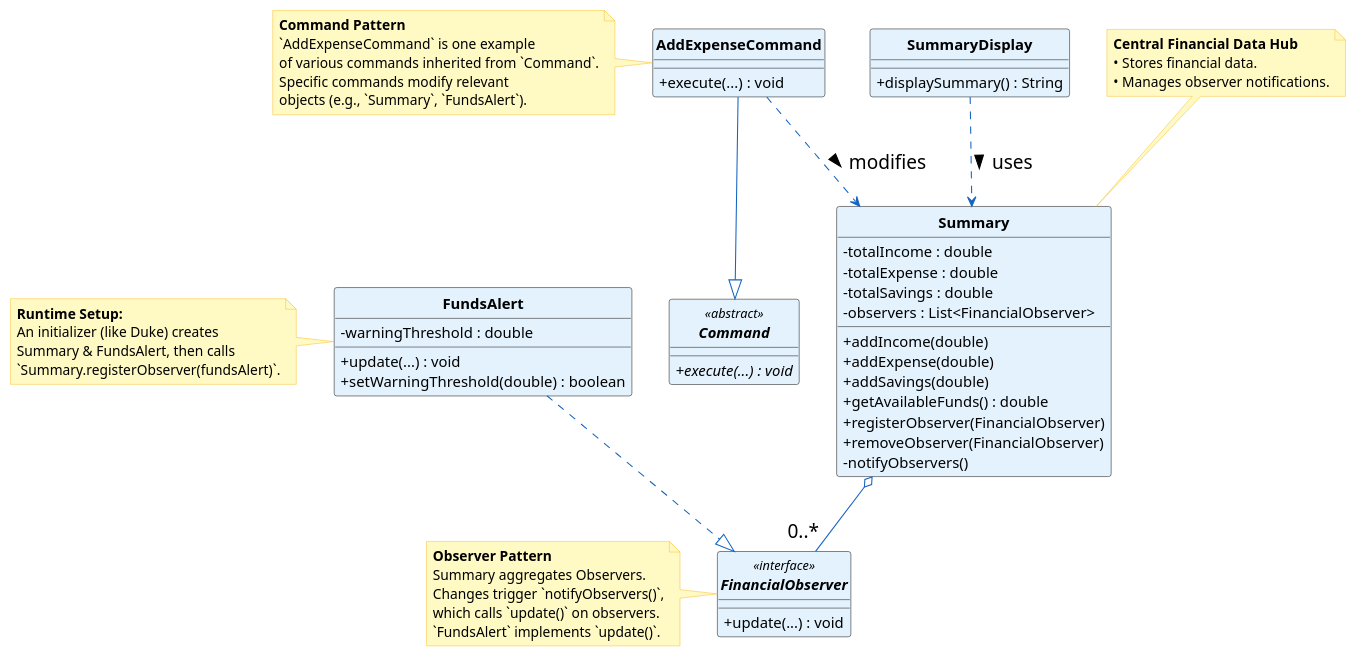
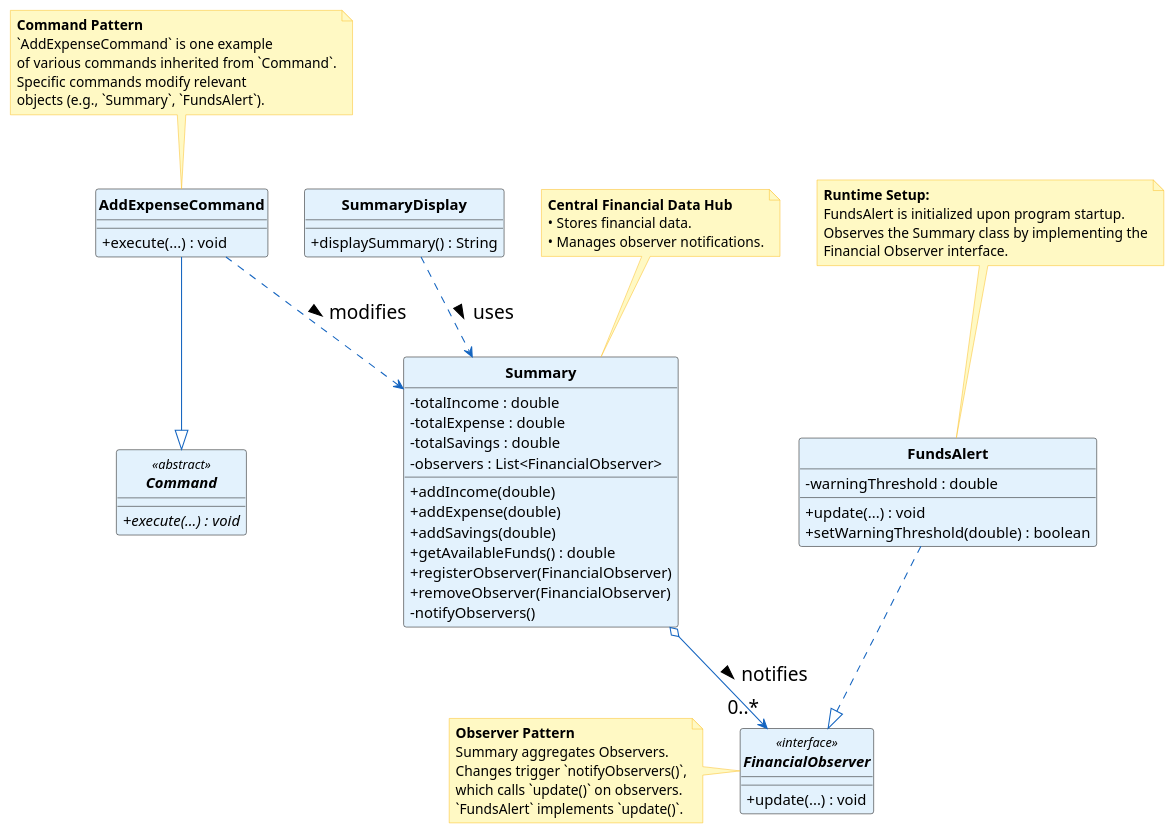
The diagram in docs/puml/Summary.puml (xiaojielei/tp), drawn with PlantUML before and after one commit. The commit also changed 2 other files, not shown here.

Commit message:
Updated Summary component

```diff
--- a/docs/puml/Summary.puml
+++ b/docs/puml/Summary.puml
@@ -1,67 +1,67 @@
 @startuml
 hide circle
 skinparam classAttributeIconSize 0
 skinparam classFontStyle bold
 skinparam classBackgroundColor #E3F2FD
 skinparam classArrowColor #1565C0
 skinparam noteBackgroundColor #FFF9C4
 skinparam noteBorderColor #FBC02D
 skinparam ArrowFontSize 18
 
 abstract class Command <<abstract>>{
   + {abstract} execute(...) : void
 }
 
 class AddExpenseCommand {
   + execute(...) : void
 }
 
 class Summary {
   - totalIncome : double
   - totalExpense : double
   - totalSavings : double
   - observers : List<FinancialObserver>
   + addIncome(double)
   + addExpense(double)
   + addSavings(double)
   + getAvailableFunds() : double
   + registerObserver(FinancialObserver)
   + removeObserver(FinancialObserver)
   - notifyObservers()
 }
 
 interface FinancialObserver <<interface>> {
   + update(...) : void
 }
 
 class FundsAlert {
   - warningThreshold : double
   + update(...) : void
   + setWarningThreshold(double) : boolean
 }
 
 class SummaryDisplay {
   + displaySummary() : String
 }
 
 
 ' --- Relationships ---
 AddExpenseCommand --|> Command
 
-Summary o-- "0..*" FinancialObserver
+Summary o--> "0..*" FinancialObserver : notifies >
 FundsAlert ..|> FinancialObserver
 
 SummaryDisplay ..> Summary : uses >
 AddExpenseCommand ..> Summary : modifies >
 
 
 ' --- Notes ---
 note top of Summary : **Central Financial Data Hub**\n• Stores financial data.\n• Manages observer notifications.
 
-note left of FundsAlert : **Runtime Setup:**\nAn initializer (like Duke) creates\nSummary & FundsAlert, then calls\n`Summary.registerObserver(fundsAlert)`.
+note top of FundsAlert : **Runtime Setup:**\nFundsAlert is initialized upon program startup.\nObserves the Summary class by implementing the\nFinancial Observer interface.
 
 note left of FinancialObserver : **Observer Pattern**\nSummary aggregates Observers.\nChanges trigger `notifyObservers()`,\nwhich calls `update()` on observers.\n`FundsAlert` implements `update()`.
 
-note left of AddExpenseCommand : **Command Pattern**\n`AddExpenseCommand` is one example\nof various commands inherited from `Command`.\nSpecific commands modify relevant\nobjects (e.g., `Summary`, `FundsAlert`).
+note top of AddExpenseCommand : **Command Pattern**\n`AddExpenseCommand` is one example\nof various commands inherited from `Command`.\nSpecific commands modify relevant\nobjects (e.g., `Summary`, `FundsAlert`).
 
 @enduml
```
